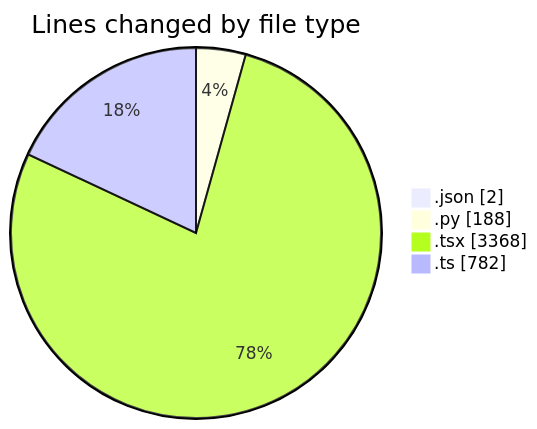
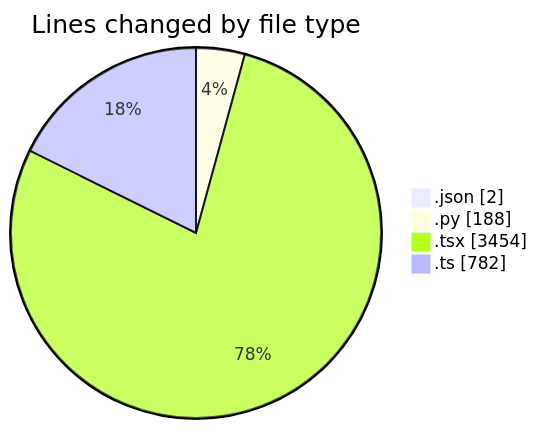
The first of 2 diagrams in 2025-10-06/eventscop-frontend-guide__workspace_/README.md (julien-gomy/code-tracking), drawn with Mermaid before and after one commit. The commit also changed other lines of this file and 1 other file, not shown here.

````diff
--- a/2025-10-06/eventscop-frontend-guide__workspace_/README.md
+++ b/2025-10-06/eventscop-frontend-guide__workspace_/README.md
@@ -47,8 +48,8 @@
 ```mermaid
 pie showData
 title Lines changed by file type
 ".json" : 2
 ".py" : 188
-".tsx" : 3368
+".tsx" : 3454
 ".ts" : 782
 ```
````
